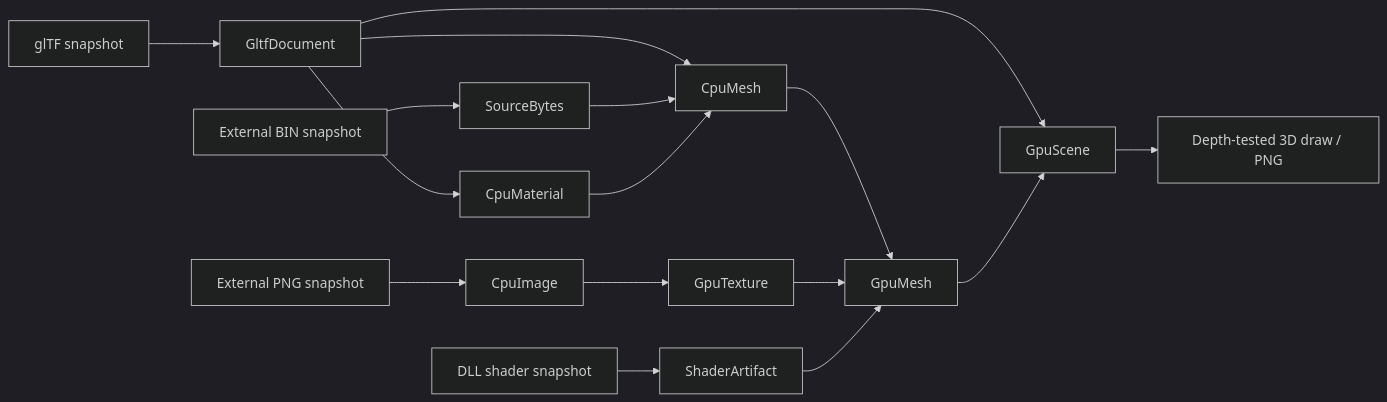
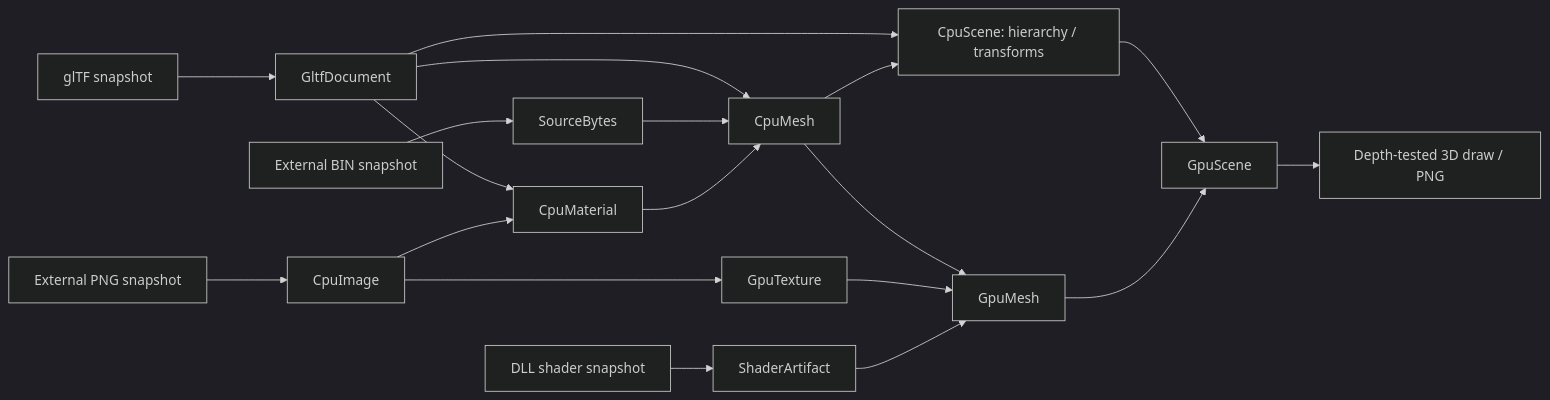
The diagram in samples/Lumyte.Resources.Gltf.Sample/README.md (ikihiki/Lumyte), drawn with Mermaid (dark theme) before and after one commit. The commit also changed other lines of this file and 10 other files, not shown here.

Commit message:
refactor(resources): assemble glTF scenes on CPU before GPU conversion

````diff
--- a/samples/Lumyte.Resources.Gltf.Sample/README.md
+++ b/samples/Lumyte.Resources.Gltf.Sample/README.md
@@ -32,15 +32,16 @@
 ```mermaid
 flowchart LR
   gltf[glTF snapshot] --> doc[GltfDocument]
   doc --> material[CpuMaterial]
   doc --> mesh[CpuMesh]
   bin[External BIN snapshot] --> bytes[SourceBytes] --> mesh
+  png[External PNG snapshot] --> image[CpuImage] --> material
   material --> mesh
-  png[External PNG snapshot] --> image[CpuImage] --> texture[GpuTexture]
-  mesh --> gpu[GpuMesh]
-  texture --> gpu
+  doc --> cpu[CpuScene: hierarchy / transforms]
+  mesh --> cpu
+  cpu --> scene[GpuScene]
+  mesh --> gpu[GpuMesh] --> scene
+  image --> texture[GpuTexture] --> gpu
   dll[DLL shader snapshot] --> shader[ShaderArtifact] --> gpu
-  doc --> scene[GpuScene]
-  gpu --> scene
   scene --> draw[Depth-tested 3D draw / PNG]
 ```
````
